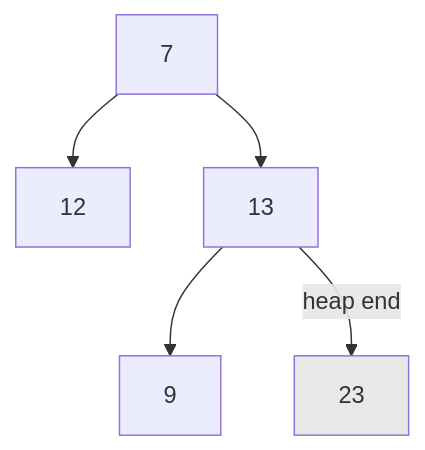
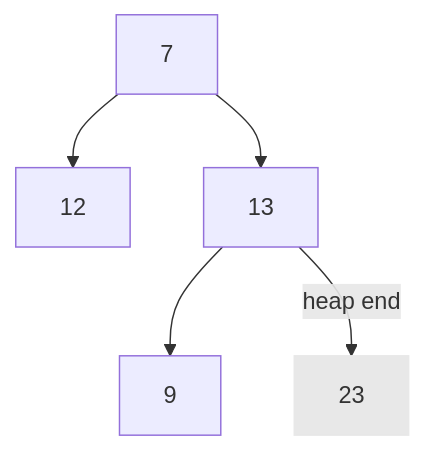
Before and after one commit to SiegeSailor/vault-personal: the second of 4 diagrams in master-blog/artifact/bu/566/assignments/midterm/README.md, drawn with Mermaid. The commit also changed other lines of this file, not shown here.

````diff
--- a/master-blog/artifact/bu/566/assignments/midterm/README.md
+++ b/master-blog/artifact/bu/566/assignments/midterm/README.md
@@ -181,8 +189,8 @@
 ```mermaid
 flowchart TB
     7 --> 13
     7 --> 12
     13 --> 9
     13 --> |heap end| 23
-    style 23 fill:#e8e8e8
+    style 23 fill:#e8e8e8, stroke:#e8e8e8
 ```
````
